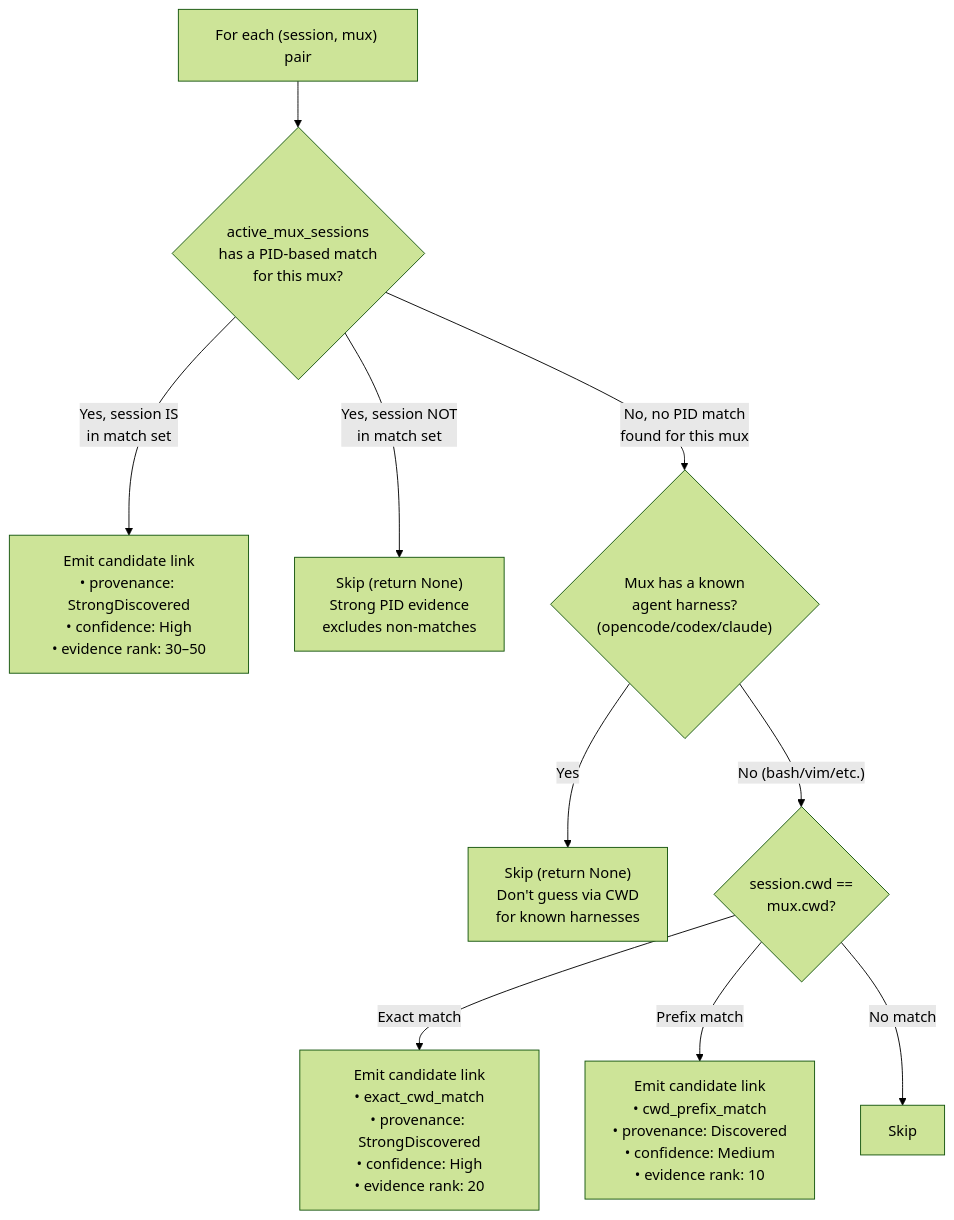
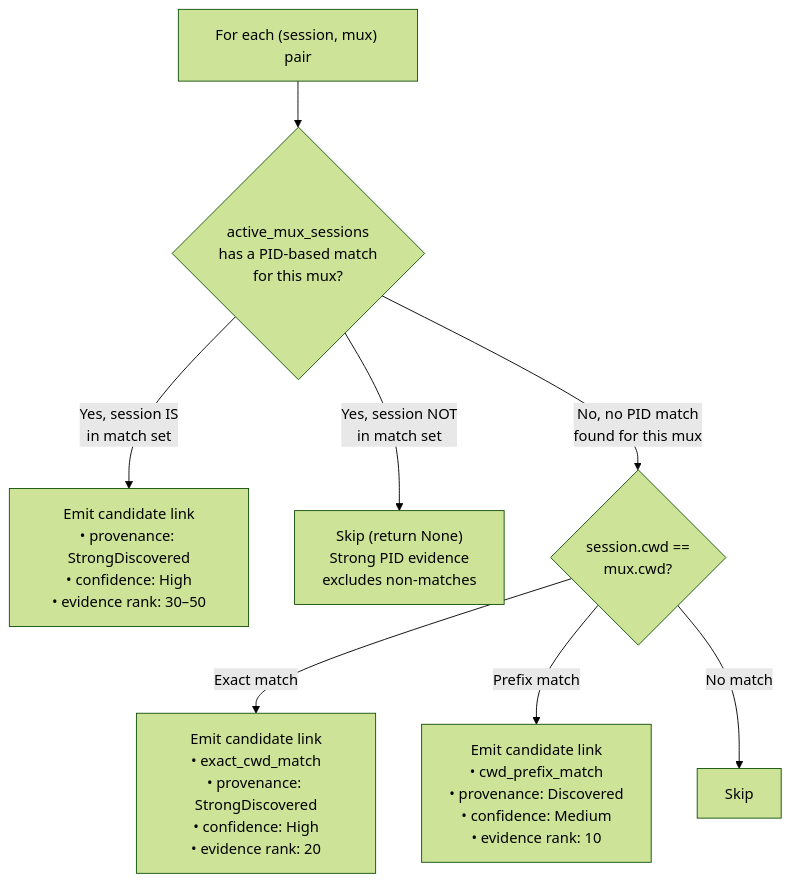
One commit to malloc47/conspectus changed the second of 4 diagrams in docs/mux-link-resolution.md. Above: the diagram before and after it, drawn with Mermaid (forest theme). The commit also changed other lines of this file and 2 other files, not shown here.

First line of the commit message:
fix(resolve): suppress ambiguous CWD mux links at resolution time

````diff
--- a/docs/mux-link-resolution.md
+++ b/docs/mux-link-resolution.md
@@ -25,15 +25,12 @@
 ```mermaid
 flowchart TD
     START["For each (session, mux) pair"] --> PID{"active_mux_sessions<br/>has a PID-based match<br/>for this mux?"}
 
     PID -->|"Yes, session IS<br/>in match set"| EMIT_STRONG["Emit candidate link<br/>• provenance: StrongDiscovered<br/>• confidence: High<br/>• evidence rank: 30–50"]
     PID -->|"Yes, session NOT<br/>in match set"| SKIP["Skip (return None)<br/>Strong PID evidence<br/>excludes non-matches"]
-    PID -->|"No, no PID match<br/>found for this mux"| HARNESS{"Mux has a known<br/>agent harness?<br/>(opencode/codex/claude)"}
-
-    HARNESS -->|"Yes"| SKIP2["Skip (return None)<br/>Don't guess via CWD<br/>for known harnesses"]
-    HARNESS -->|"No (bash/vim/etc.)"| CWD{"session.cwd ==<br/>mux.cwd?"}
+    PID -->|"No, no PID match<br/>found for this mux"| CWD{"session.cwd ==<br/>mux.cwd?"}
 
     CWD -->|"Exact match"| EMIT_CWD["Emit candidate link<br/>• exact_cwd_match<br/>• provenance: StrongDiscovered<br/>• confidence: High<br/>• evidence rank: 20"]
     CWD -->|"Prefix match"| EMIT_PREFIX["Emit candidate link<br/>• cwd_prefix_match<br/>• provenance: Discovered<br/>• confidence: Medium<br/>• evidence rank: 10"]
     CWD -->|"No match"| NONE["Skip"]
 ```
````
